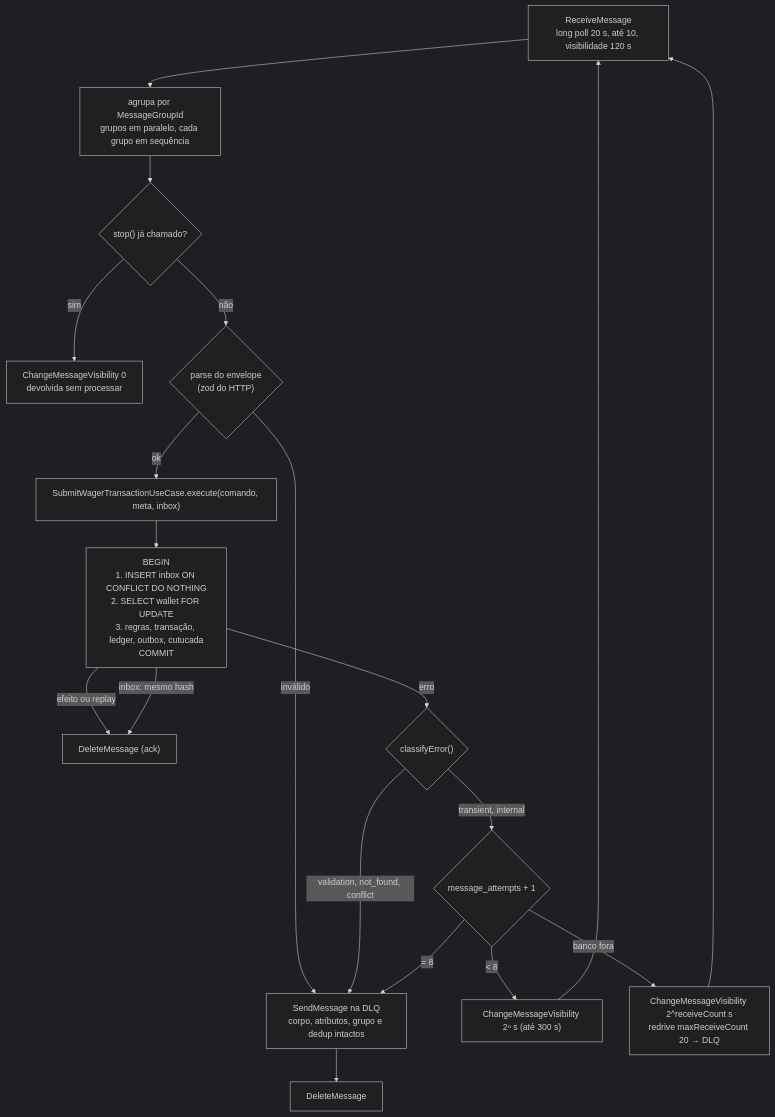
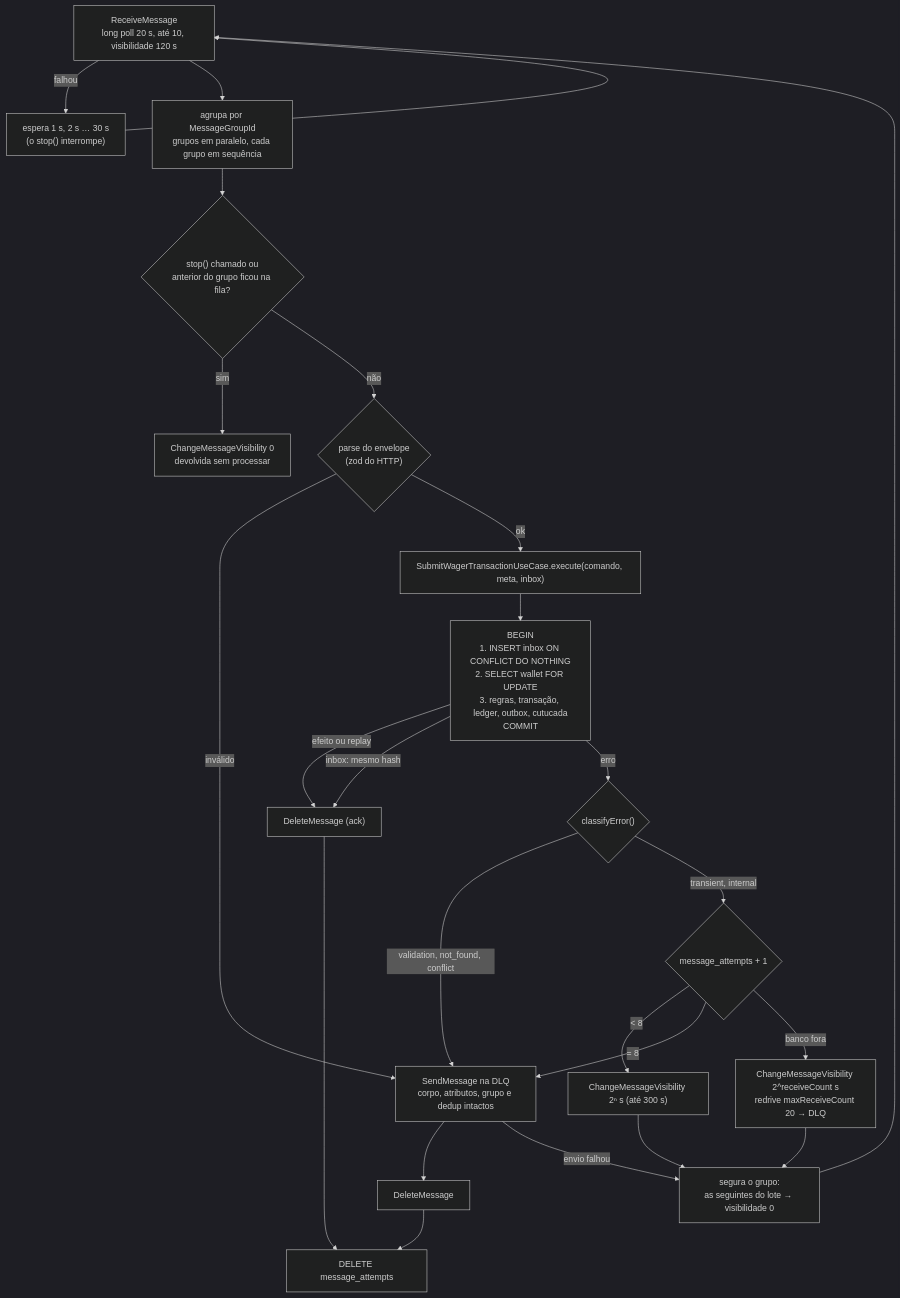
Before and after one commit to basedCaesar/distributed-wagering-processor: the diagram in src/modules/wagering/infra/messaging/README.md, drawn with Mermaid (dark theme). The commit also changed other lines of this file and 21 other files, not shown here.

````diff
--- a/src/modules/wagering/infra/messaging/README.md
+++ b/src/modules/wagering/infra/messaging/README.md
@@ -29,21 +32,27 @@
 ```mermaid
 flowchart TD
-    R["ReceiveMessage<br/>long poll 20 s, até 10, visibilidade 120 s"] --> G["agrupa por MessageGroupId<br/>grupos em paralelo, cada grupo em sequência"]
-    G --> S{"stop() já chamado?"}
+    R["ReceiveMessage<br/>long poll 20 s, até 10, visibilidade 120 s"] -- "falhou" --> W["espera 1 s, 2 s … 30 s<br/>(o stop() interrompe)"]
+    W --> R
+    R --> G["agrupa por MessageGroupId<br/>grupos em paralelo, cada grupo em sequência"]
+    G --> S{"stop() chamado ou<br/>anterior do grupo ficou na fila?"}
     S -- sim --> REL["ChangeMessageVisibility 0<br/>devolvida sem processar"]
     S -- não --> P{"parse do envelope<br/>(zod do HTTP)"}
     P -- inválido --> DLQ
     P -- ok --> U["SubmitWagerTransactionUseCase.execute(comando, meta, inbox)"]
     U --> TX["BEGIN<br/>1. INSERT inbox ON CONFLICT DO NOTHING<br/>2. SELECT wallet FOR UPDATE<br/>3. regras, transação, ledger, outbox, cutucada<br/>COMMIT"]
     TX -- "efeito ou replay" --> ACK["DeleteMessage (ack)"]
     TX -- "inbox: mesmo hash" --> ACK
+    ACK --> CLR["DELETE message_attempts"]
     TX -- "erro" --> C{"classifyError()"}
     C -- "validation, not_found, conflict" --> DLQ["SendMessage na DLQ<br/>corpo, atributos, grupo e dedup intactos"]
     DLQ --> DEL["DeleteMessage"]
+    DEL --> CLR
+    DLQ -- "envio falhou" --> HOLD["segura o grupo:<br/>as seguintes do lote → visibilidade 0"]
     C -- "transient, internal" --> A{"message_attempts + 1"}
     A -- "< 8" --> V["ChangeMessageVisibility 2ⁿ s (até 300 s)"]
     A -- "= 8" --> DLQ
     A -- "banco fora" --> VR["ChangeMessageVisibility 2^receiveCount s<br/>redrive maxReceiveCount 20 → DLQ"]
-    V --> R
-    VR --> R
+    V --> HOLD
+    VR --> HOLD
+    HOLD --> R
 ```
````
